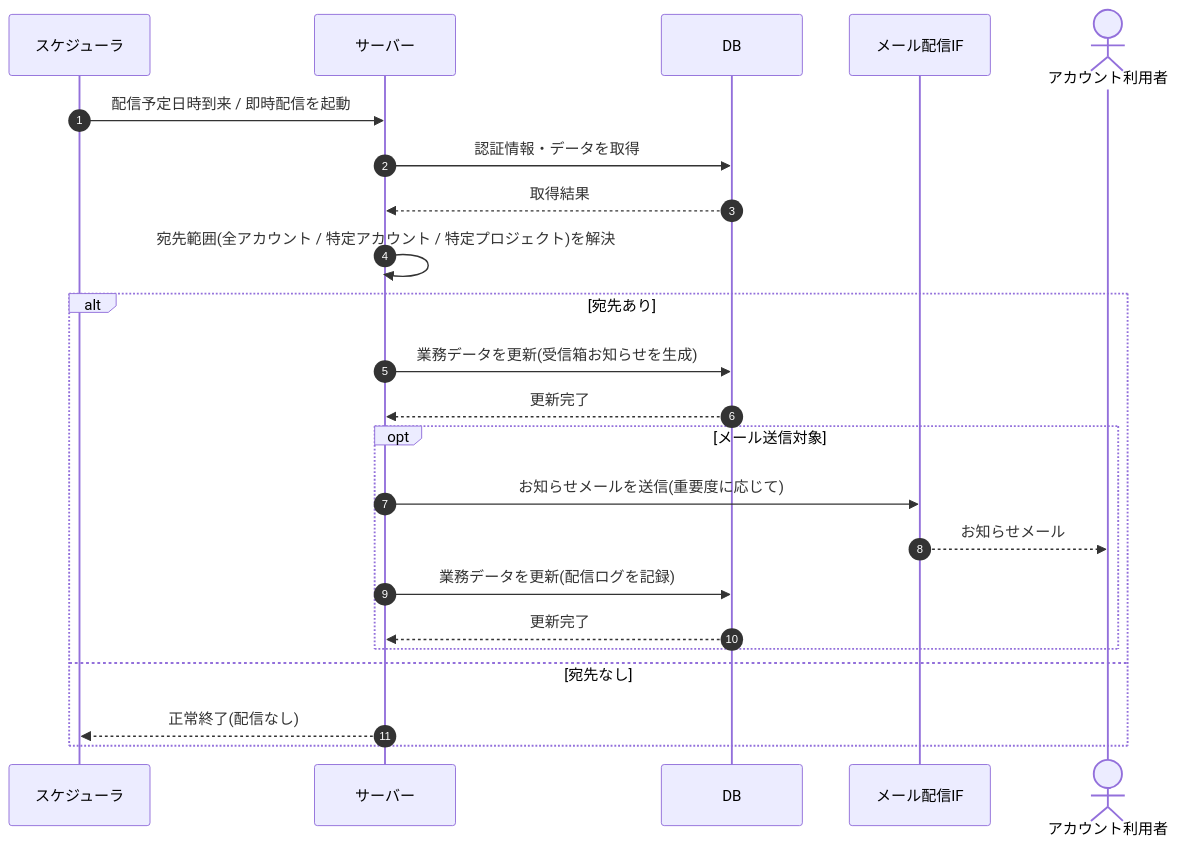
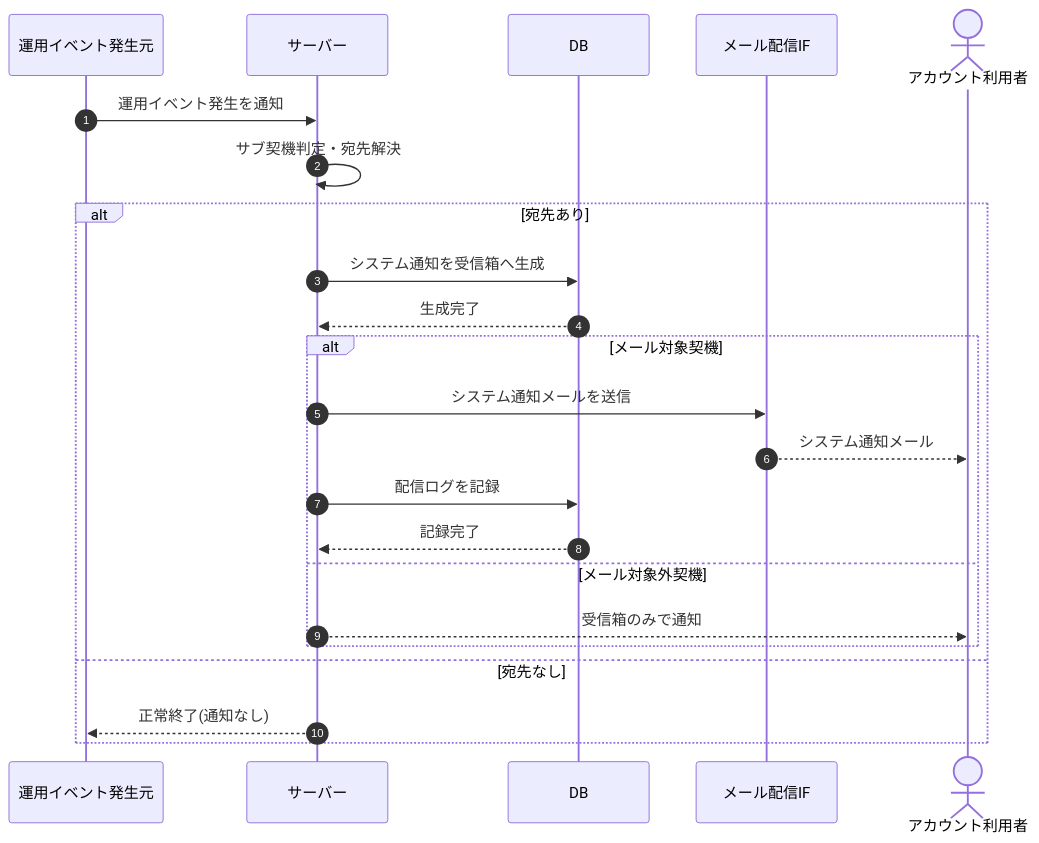
Before and after one commit to sikakou54/open-faq: the diagram in 02_basic_design/03_sequences/SEQ-092.md, drawn with Mermaid. The commit also changed other lines of this file and 99 other files, not shown here.

````diff
--- a/02_basic_design/03_sequences/SEQ-092.md
+++ b/02_basic_design/03_sequences/SEQ-092.md
@@ -25,25 +25,25 @@
 ```mermaid
 sequenceDiagram
   autonumber
-  participant SCH as スケジューラ
+  participant E as 運用イベント発生元
   participant Server as サーバー
   participant DB as DB
   participant MAIL as メール配信IF
   actor U as アカウント利用者
-  SCH->>Server: 配信予定日時到来 / 即時配信を起動
-  Server->>DB: 認証情報・データを取得
-  DB-->>Server: 取得結果
-  Server->>Server: 宛先範囲(全アカウント / 特定アカウント / 特定プロジェクト)を解決
+  E->>Server: 運用イベント発生を通知
+  Server->>Server: サブ契機判定・宛先解決
   alt 宛先あり
-    Server->>DB: 業務データを更新(受信箱お知らせを生成)
-    DB-->>Server: 更新完了
-    opt メール送信対象
-      Server->>MAIL: お知らせメールを送信(重要度に応じて)
-      MAIL-->>U: お知らせメール
-      Server->>DB: 業務データを更新(配信ログを記録)
-      DB-->>Server: 更新完了
+    Server->>DB: システム通知を受信箱へ生成
+    DB-->>Server: 生成完了
+    alt メール対象契機
+      Server->>MAIL: システム通知メールを送信
+      MAIL-->>U: システム通知メール
+      Server->>DB: 配信ログを記録
+      DB-->>Server: 記録完了
+    else メール対象外契機
+      Server-->>U: 受信箱のみで通知
     end
   else 宛先なし
-    Server-->>SCH: 正常終了(配信なし)
+    Server-->>E: 正常終了(通知なし)
   end
 ```
````
